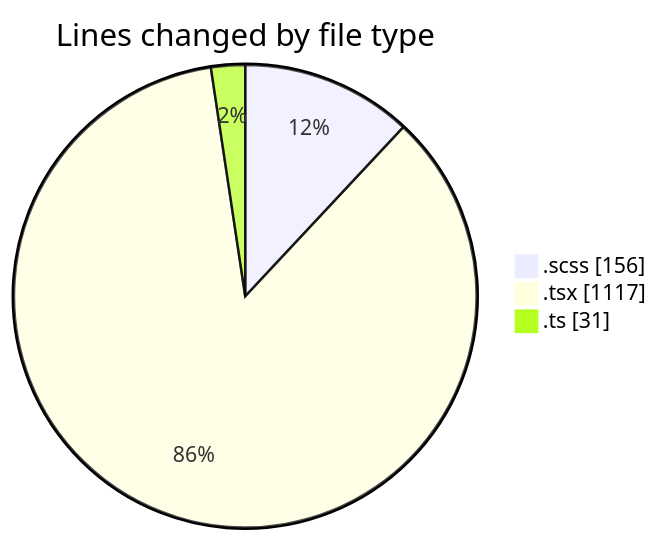
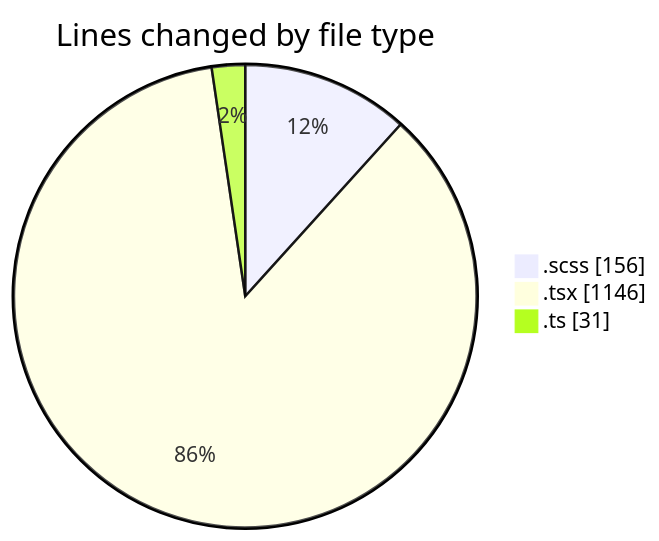
One commit to momahboobian/code-tracking changed the first of 2 diagrams in 2025-02-10/cda/README.md. Above: the diagram before and after it, drawn with Mermaid. The commit also changed other lines of this file and 1 other file, not shown here.

````diff
--- a/2025-02-10/cda/README.md
+++ b/2025-02-10/cda/README.md
@@ -25,7 +25,7 @@
 ```mermaid
 pie showData
 title Lines changed by file type
 ".scss" : 156
-".tsx" : 1117
+".tsx" : 1146
 ".ts" : 31
 ```
````
